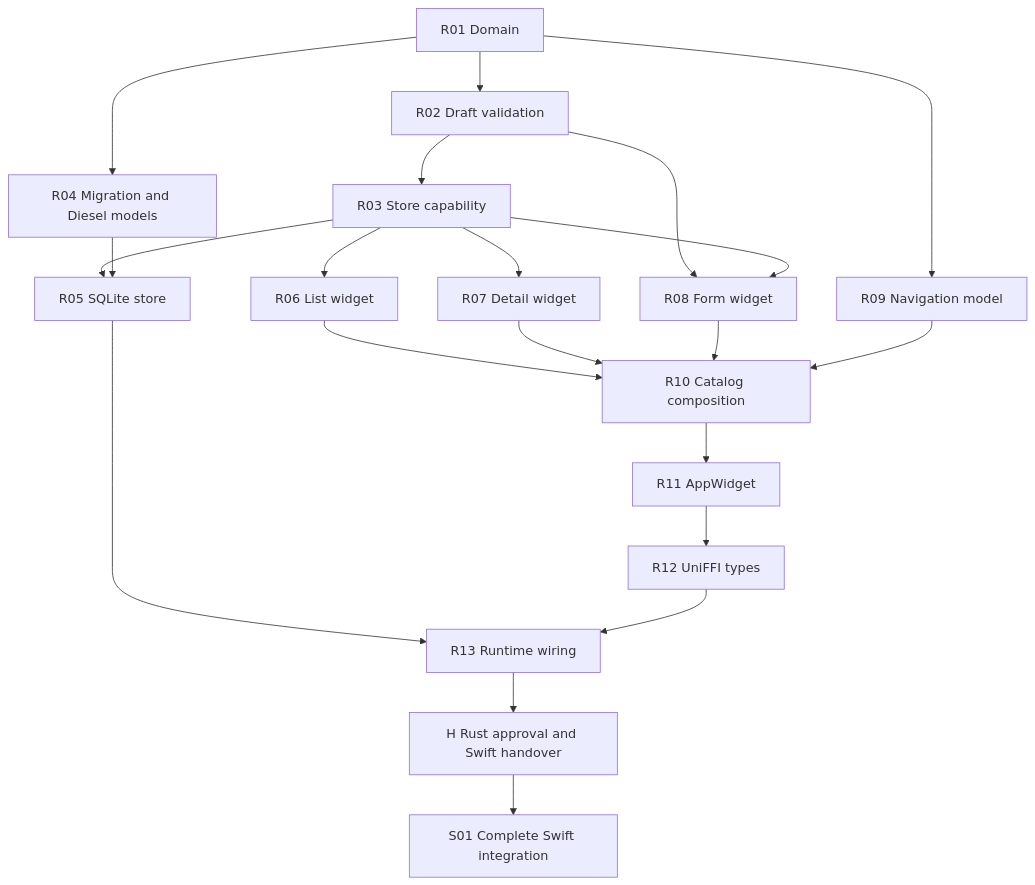
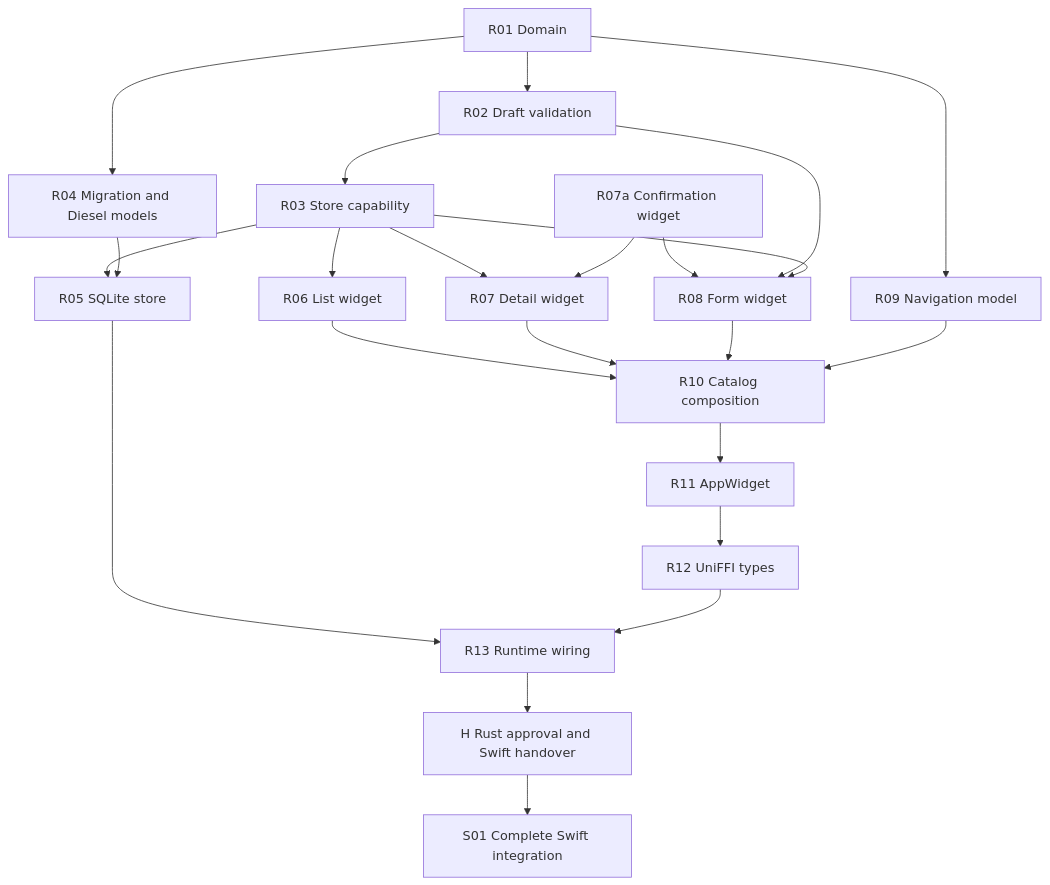
The diagram in docs/epics/ingredient-catalog.md (frondeus/kreatyna), drawn with Mermaid before and after one commit. The commit also changed other lines of this file and 6 other files, not shown here.

Commit message:
Add reusable confirmation widget

````diff
--- a/docs/epics/ingredient-catalog.md
+++ b/docs/epics/ingredient-catalog.md
@@ -196,23 +197,25 @@
 ```mermaid
 flowchart TD
     R01["R01 Domain"] --> R02["R02 Draft validation"]
     R02 --> R03["R03 Store capability"]
     R01 --> R04["R04 Migration and Diesel models"]
     R03 --> R05["R05 SQLite store"]
     R04 --> R05
     R03 --> R06["R06 List widget"]
     R03 --> R07["R07 Detail widget"]
+    R07a["R07a Confirmation widget"] --> R07
+    R07a --> R08
     R02 --> R08["R08 Form widget"]
     R03 --> R08
     R01 --> R09["R09 Navigation model"]
     R06 --> R10["R10 Catalog composition"]
     R07 --> R10
     R08 --> R10
     R09 --> R10
     R10 --> R11["R11 AppWidget"]
     R11 --> R12["R12 UniFFI types"]
     R05 --> R13["R13 Runtime wiring"]
     R12 --> R13
     R13 --> H["H Rust approval and Swift handover"]
     H --> S01["S01 Complete Swift integration"]
 ```
````
